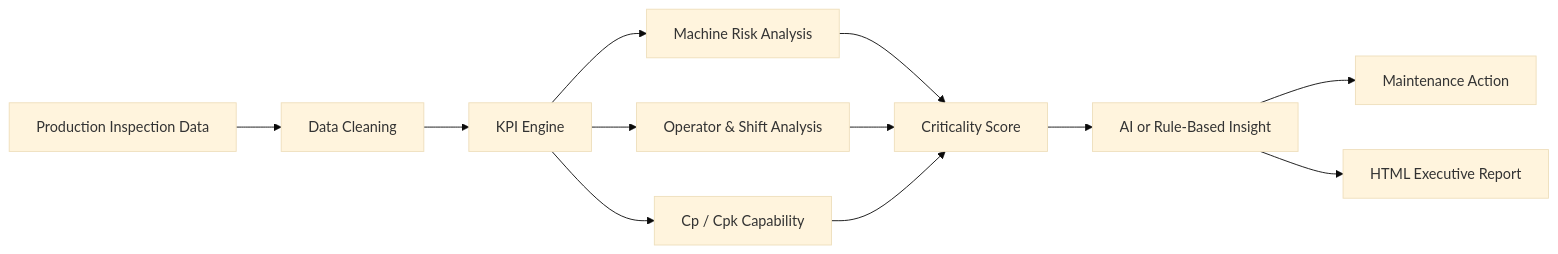
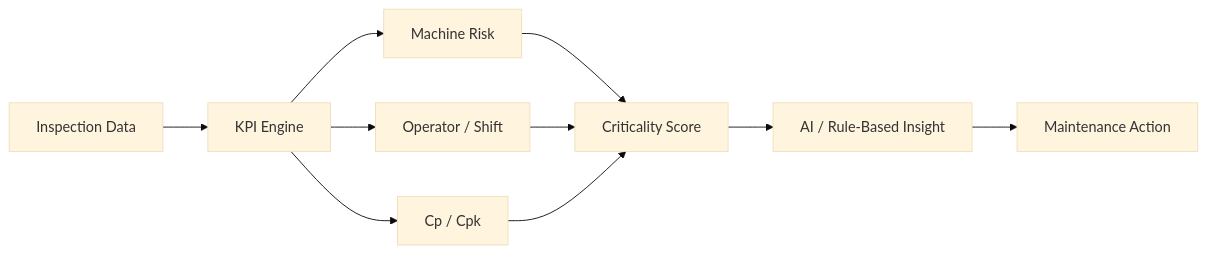
The diagram in README.md (HuseyincanErgin/LineSight), drawn with Mermaid (base theme) before and after one commit. The commit also changed other lines of this file, not shown here.

````diff
--- a/README.md
+++ b/README.md
@@ -85,14 +29,11 @@
 ```mermaid
 flowchart LR
-    A[Production Inspection Data] --> B[Data Cleaning]
-    B --> C[KPI Engine]
-    C --> D[Machine Risk Analysis]
-    C --> E[Operator & Shift Analysis]
-    C --> F[Cp / Cpk Capability]
-    D --> G[Criticality Score]
-    E --> G
-    F --> G
-    G --> H[AI or Rule-Based Insight]
-    H --> I[Maintenance Action]
-    H --> J[HTML Executive Report]
+    A[Inspection Data] --> B[KPI Engine]
+    B --> C[Machine Risk]
+    B --> D[Operator / Shift]
+    B --> E[Cp / Cpk]
+    C --> F[Criticality Score]
+    D --> F
+    E --> F
+    F --> G[AI / Rule-Based Insight] --> H[Maintenance Action]
 ```
````
